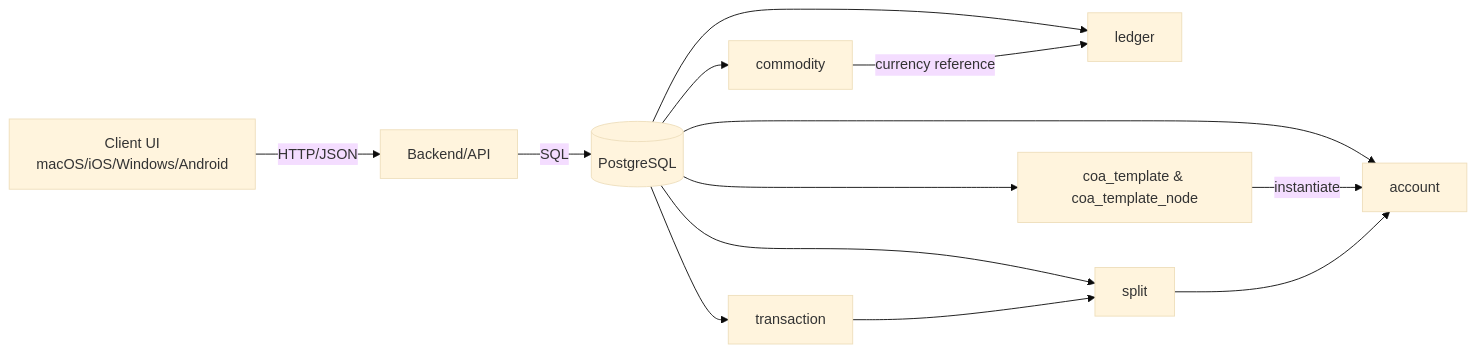
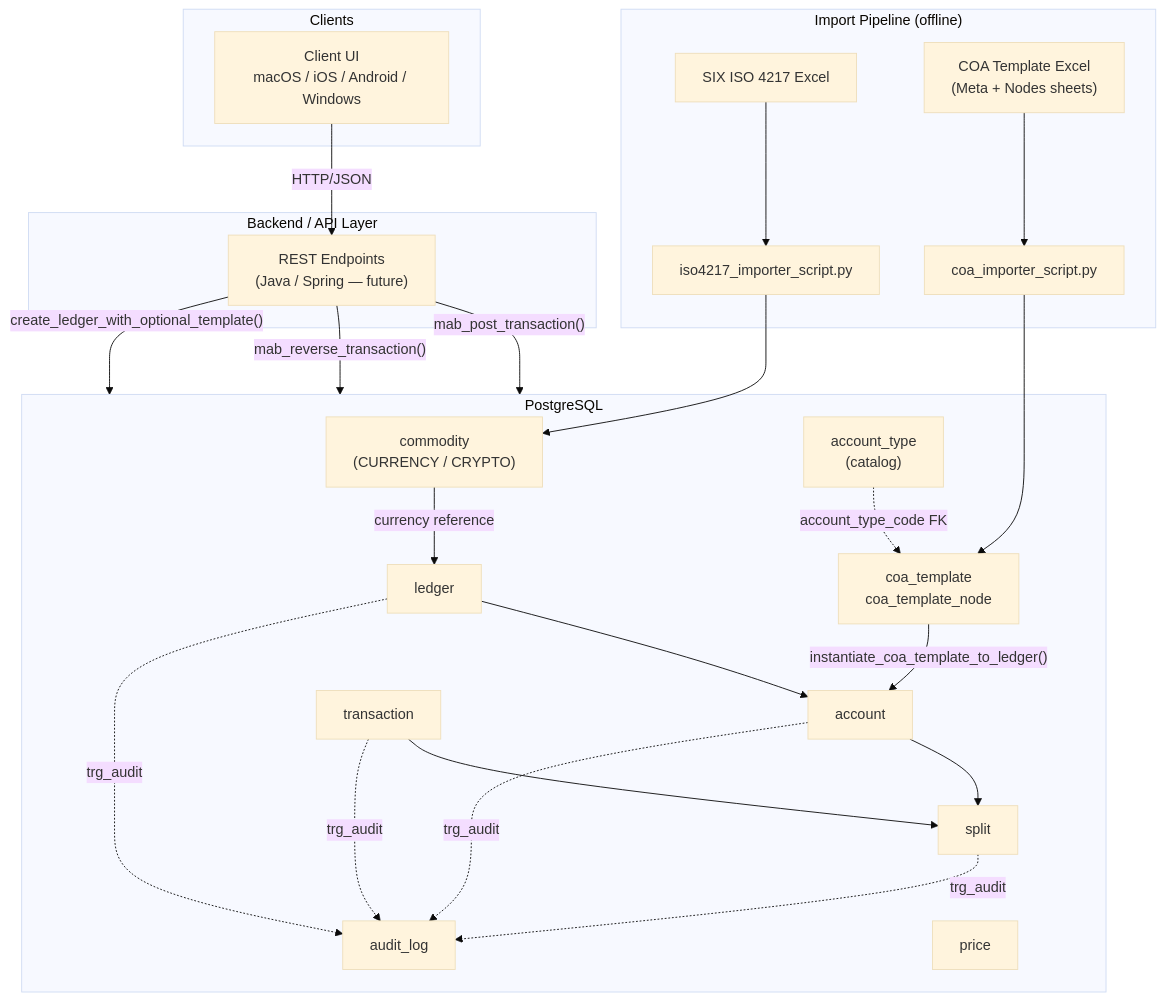
The first of 3 diagrams in Documentation/docs/architecture/Data_Flow.md (leonguevara/MyAccountingBooks_dev), drawn with Mermaid (base theme) before and after one commit. The commit also changed other lines of this file and 18 other files, not shown here.

````diff
--- a/Documentation/docs/architecture/Data_Flow.md
+++ b/Documentation/docs/architecture/Data_Flow.md
@@ -3,16 +3,48 @@
 ```mermaid
-flowchart LR
-  UI["Client UI<br/>macOS/iOS/Windows/Android"] -->|HTTP/JSON| API[Backend/API]
-  API -->|SQL| DB[(PostgreSQL)]
-  DB --> ledger[ledger]
-  DB --> account[account]
-  DB --> tx[transaction]
-  DB --> split[split]
-  DB --> commodity[commodity]
-  DB --> templates[coa_template & coa_template_node]
+flowchart TD
+  subgraph Clients
+    UI["Client UI\nmacOS / iOS / Android / Windows"]
+  end
 
-  templates -->|instantiate| account
+  subgraph Import["Import Pipeline (offline)"]
+    XLS_ISO["SIX ISO 4217 Excel"]
+    XLS_COA["COA Template Excel\n(Meta + Nodes sheets)"]
+    PY_ISO["iso4217_importer_script.py"]
+    PY_COA["coa_importer_script.py"]
+  end
+
+  subgraph API["Backend / API Layer"]
+    REST["REST Endpoints\n(Java / Spring — future)"]
+  end
+
+  subgraph DB["PostgreSQL"]
+    commodity["commodity\n(CURRENCY / CRYPTO)"]
+    coa_template["coa_template\ncoa_template_node"]
+    account_type["account_type\n(catalog)"]
+    ledger["ledger"]
+    account["account"]
+    tx["transaction"]
+    split["split"]
+    audit["audit_log"]
+    price["price"]
+  end
+
+  XLS_ISO --> PY_ISO --> commodity
+  XLS_COA --> PY_COA --> coa_template
+  account_type -.->|"account_type_code FK"| coa_template
+
+  coa_template -->|"instantiate_coa_template_to_ledger()"| account
   commodity -->|currency reference| ledger
+  ledger --> account
+  account --> split
   tx --> split
-  split --> account
+  split -.->|"trg_audit"| audit
+  tx -.->|"trg_audit"| audit
+  ledger -.->|"trg_audit"| audit
+  account -.->|"trg_audit"| audit
+
+  UI -->|HTTP/JSON| REST
+  REST -->|"mab_post_transaction()"| DB
+  REST -->|"mab_reverse_transaction()"| DB
+  REST -->|"create_ledger_with_optional_template()"| DB
 ```
````
